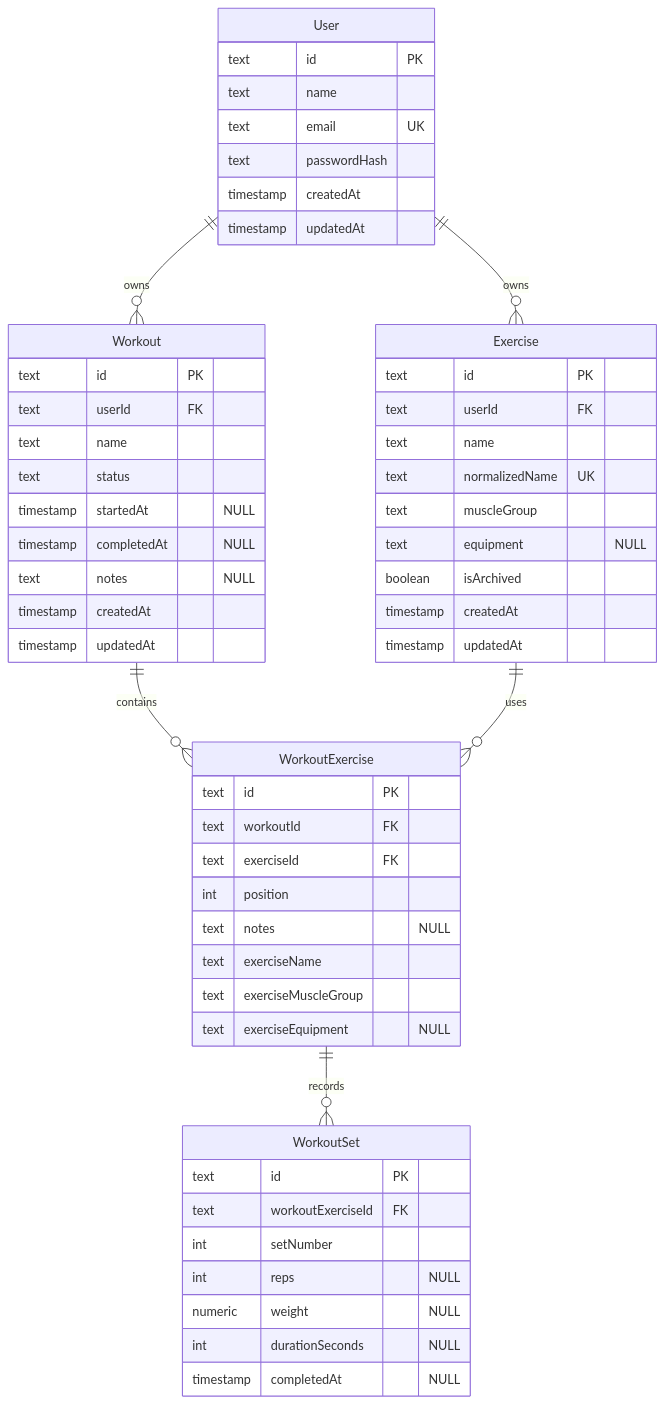
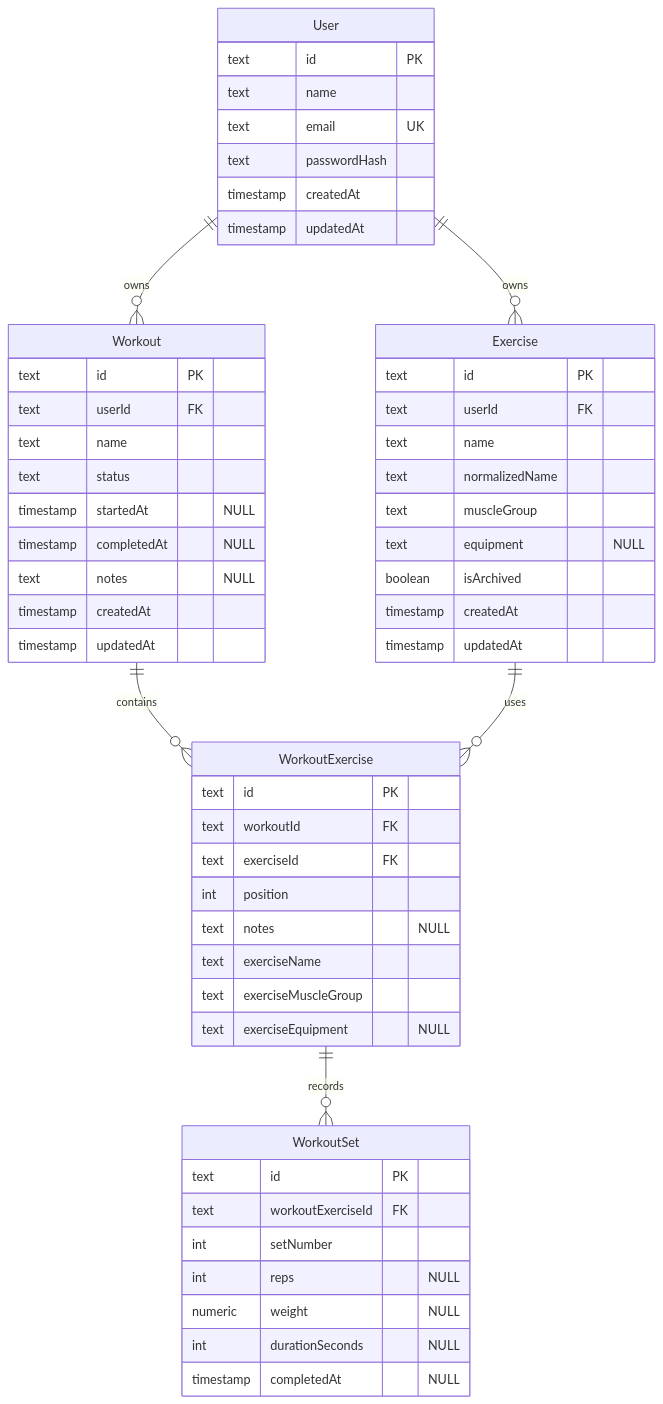
The second of 2 diagrams in docs/architecture.md (jakobzagar/Fit-Track), drawn with Mermaid before and after one commit. The commit also changed 5 other files, not shown here.

````diff
--- a/docs/architecture.md
+++ b/docs/architecture.md
@@ -95,62 +95,62 @@
 ```mermaid
 erDiagram
     User {
         text id PK
         text name
         text email UK
         text passwordHash
         timestamp createdAt
         timestamp updatedAt
     }
 
     Exercise {
         text id PK
         text userId FK
         text name
-        text normalizedName UK
+        text normalizedName
         text muscleGroup
         text equipment "NULL"
         boolean isArchived
         timestamp createdAt
         timestamp updatedAt
     }
 
     Workout {
         text id PK
         text userId FK
         text name
         text status
         timestamp startedAt "NULL"
         timestamp completedAt "NULL"
         text notes "NULL"
         timestamp createdAt
         timestamp updatedAt
     }
 
     WorkoutExercise {
         text id PK
         text workoutId FK
         text exerciseId FK
         int position
         text notes "NULL"
         text exerciseName
         text exerciseMuscleGroup
         text exerciseEquipment "NULL"
     }
 
     WorkoutSet {
         text id PK
         text workoutExerciseId FK
         int setNumber
         int reps "NULL"
         numeric weight "NULL"
         int durationSeconds "NULL"
         timestamp completedAt "NULL"
     }
 
     User ||--o{ Exercise : owns
     User ||--o{ Workout : owns
     Workout ||--o{ WorkoutExercise : contains
     Exercise ||--o{ WorkoutExercise : uses
     WorkoutExercise ||--o{ WorkoutSet : records
 ```
````
